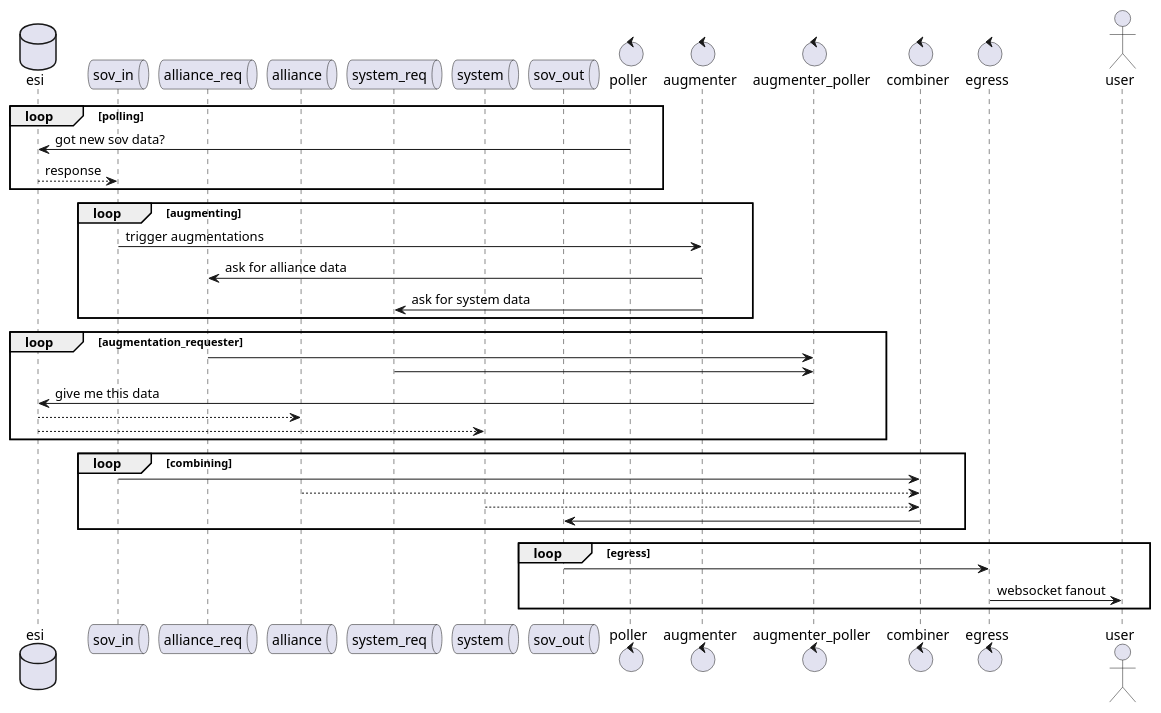
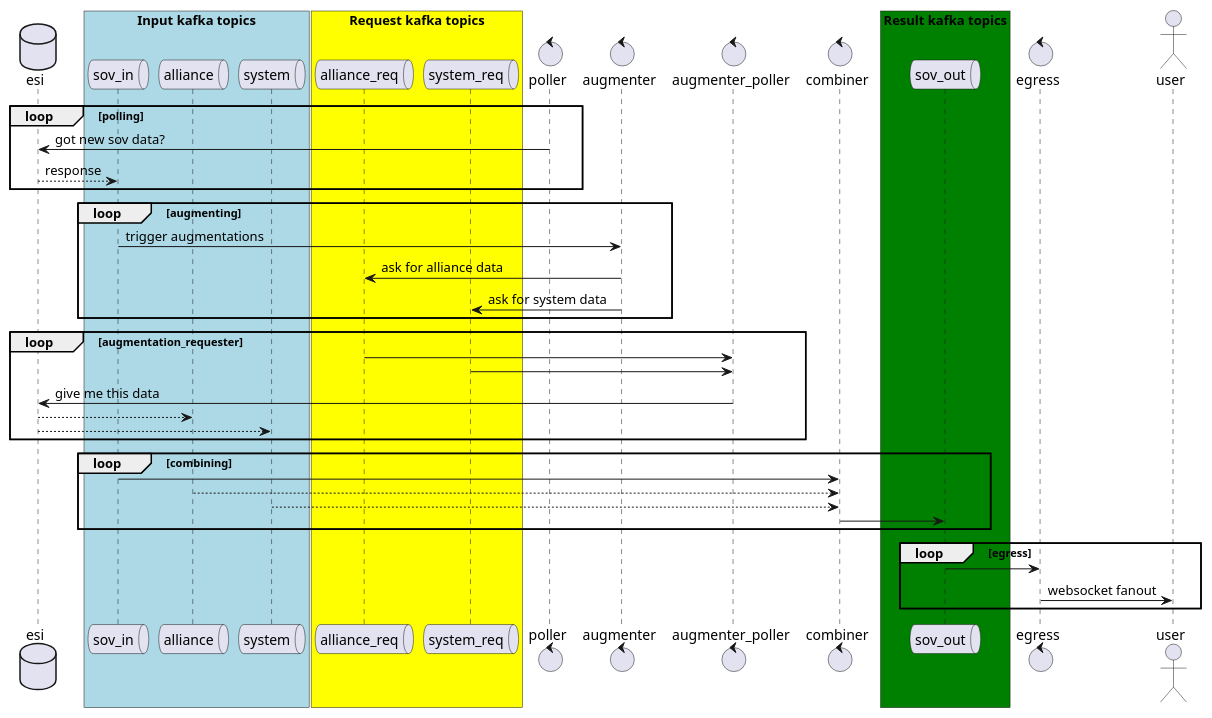
Before and after one commit to andimiller/timerboard-net-backend-kafka: the diagram in docs/architecture.md, drawn with PlantUML.

Commit message:
properly label kafka topics

```diff
--- a/docs/architecture.md
+++ b/docs/architecture.md
@@ -7,52 +7,63 @@
 @startuml
 
 database esi
 
+box "Input kafka topics" #LightBlue
 queue sov_in
+queue alliance
+queue system
+end box
+
+box "Request kafka topics" #Yellow
 queue alliance_req
-queue alliance
 queue system_req
-queue system
-queue sov_out
+end box
+
 
 control poller
 control augmenter
 control augmenter_poller
 control combiner
+
+box "Result kafka topics" #Green
+queue sov_out
+end box
+
+
 control egress
 
 actor user
 
 
 loop polling
 poller -> esi: got new sov data?
 esi --> sov_in : response
 end
 
 loop augmenting
 sov_in -> augmenter : trigger augmentations
 augmenter -> alliance_req: ask for alliance data
 augmenter -> system_req: ask for system data 
 end
 
 loop augmentation_requester
 augmenter_poller <- alliance_req
 augmenter_poller <- system_req
 augmenter_poller -> esi: give me this data
 esi --> alliance
 esi --> system
 end
 
 loop combining
 sov_in -> combiner
 alliance --> combiner
 system --> combiner
 combiner -> sov_out
 end
 
 loop egress
 sov_out -> egress
 egress -> user: websocket fanout
 end
 
 @enduml
```
